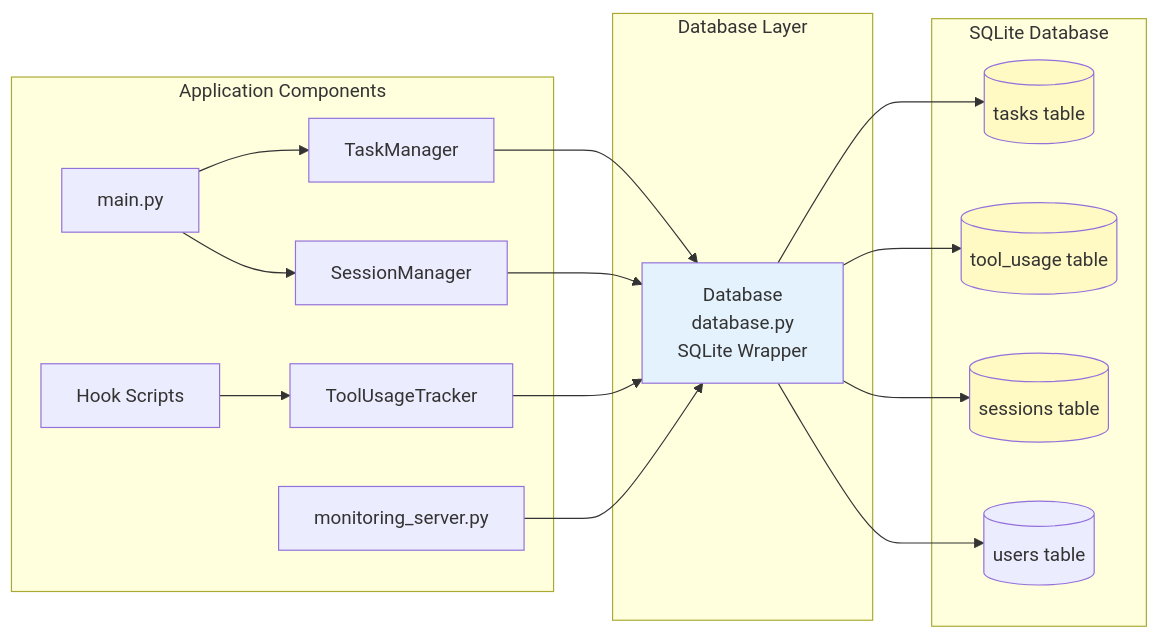
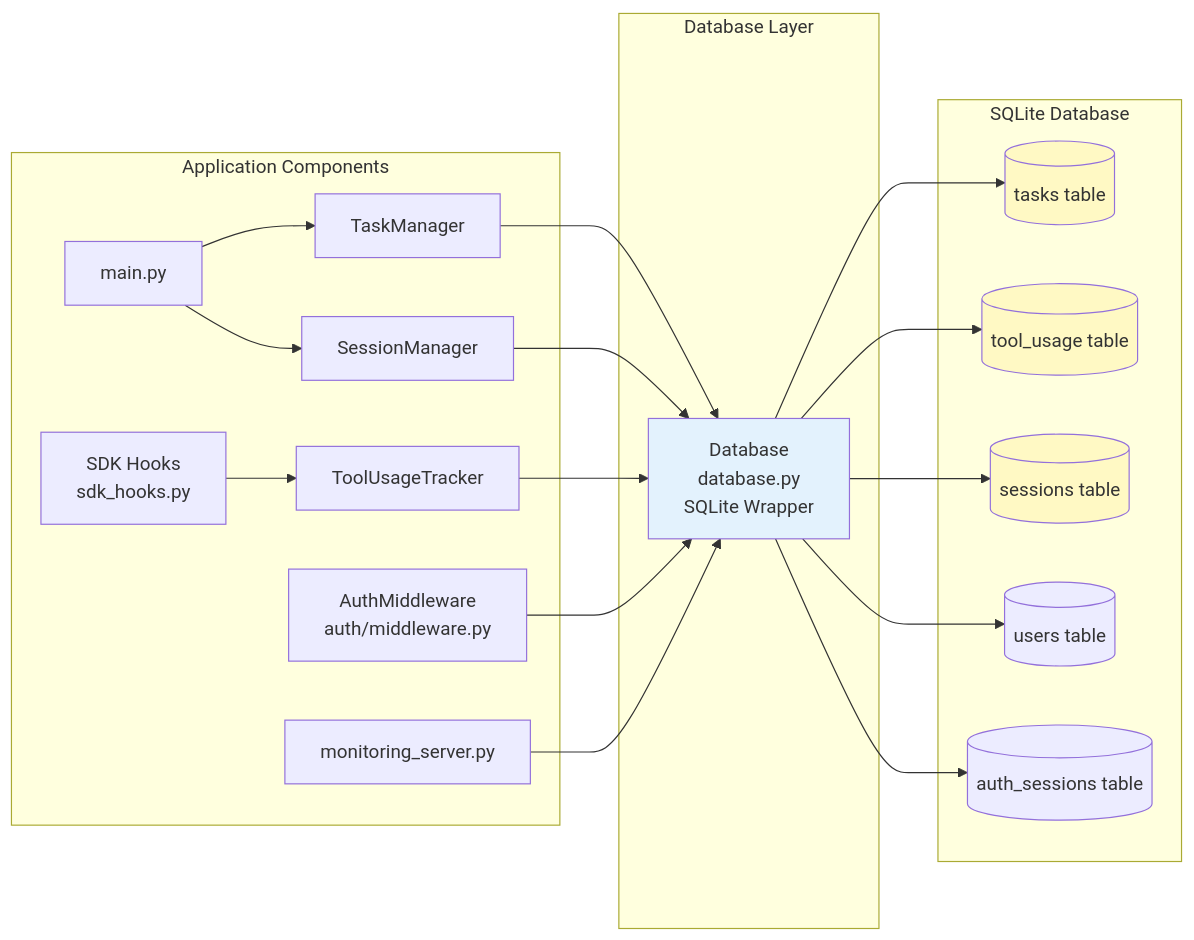
The fourth of 5 diagrams in docs/ARCHITECTURE.md (mjfuentes/amiga), drawn with Mermaid before and after one commit. The commit also changed other lines of this file and 29 other files, not shown here.

````diff
--- a/docs/ARCHITECTURE.md
+++ b/docs/ARCHITECTURE.md
@@ -287,41 +296,45 @@
 ```mermaid
 graph LR
     subgraph "Application Components"
         MAIN[main.py]
         TASK_MGR[TaskManager]
         SESS_MGR[SessionManager]
         TOOL_TRACK[ToolUsageTracker]
-        HOOKS[Hook Scripts]
+        HOOKS[SDK Hooks<br/>sdk_hooks.py]
+        AUTH[AuthMiddleware<br/>auth/middleware.py]
         MON[monitoring_server.py]
     end
 
     subgraph "Database Layer"
         DB[Database<br/>database.py<br/>SQLite Wrapper]
     end
 
     subgraph "SQLite Database"
         TASKS_TABLE[(tasks table)]
         TOOL_TABLE[(tool_usage table)]
         SESS_TABLE[(sessions table)]
         USERS_TABLE[(users table)]
+        AUTH_TABLE[(auth_sessions table)]
     end
 
     MAIN --> TASK_MGR
     MAIN --> SESS_MGR
 
     TASK_MGR --> DB
     SESS_MGR --> DB
     TOOL_TRACK --> DB
     HOOKS --> TOOL_TRACK
+    AUTH --> DB
     MON --> DB
 
     DB --> TASKS_TABLE
     DB --> TOOL_TABLE
     DB --> SESS_TABLE
     DB --> USERS_TABLE
+    DB --> AUTH_TABLE
 
     style DB fill:#e3f2fd
     style TASKS_TABLE fill:#fff9c4
     style TOOL_TABLE fill:#fff9c4
     style SESS_TABLE fill:#fff9c4
 ```
````
